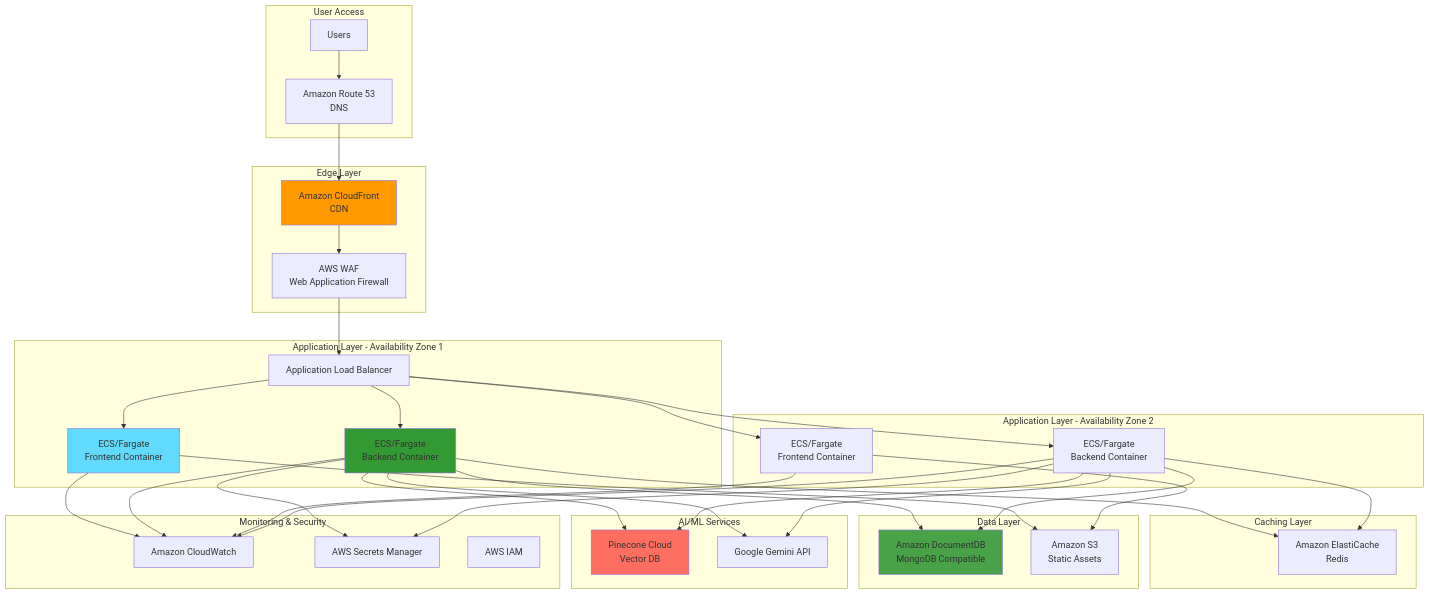
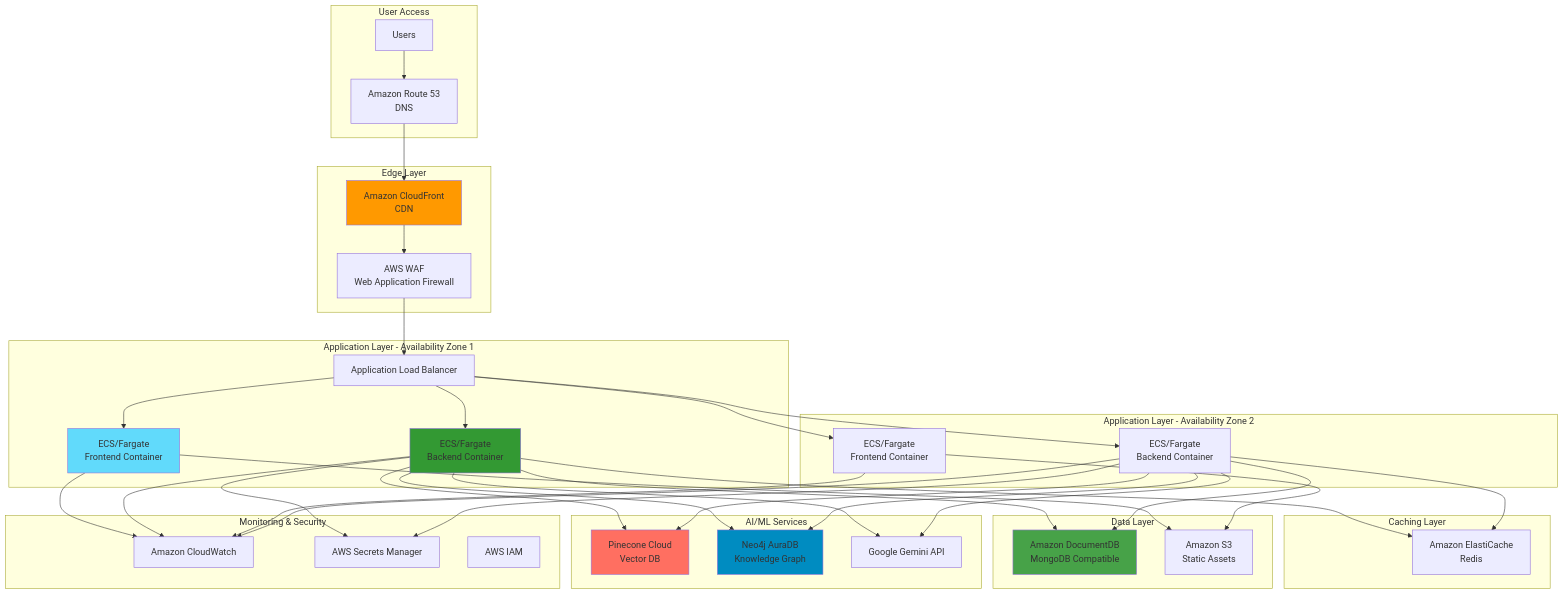
Diagram 37 of 43 in ARCHITECTURE.md (hoangsonww/AI-RAG-Assistant-Chatbot), drawn with Mermaid before and after one commit. The commit also changed other lines of this file and 32 other files, not shown here.

First line of the commit message:
feat(rag): add hybrid Pinecone+Neo4j retrieval, graph ingestion, and CLI graph management

````diff
--- a/ARCHITECTURE.md
+++ b/ARCHITECTURE.md
@@ -1344,6 +1822,7 @@
 
     subgraph "AI/ML Services"
         Pinecone[Pinecone Cloud<br/>Vector DB]
+        Neo4jAura[Neo4j AuraDB<br/>Knowledge Graph]
         Gemini[Google Gemini API]
     end
 
@@ -1374,6 +1853,8 @@
 
     ECS2 --> Pinecone
     ECS4 --> Pinecone
+    ECS2 --> Neo4jAura
+    ECS4 --> Neo4jAura
     ECS2 --> Gemini
     ECS4 --> Gemini
 
@@ -1390,4 +1871,5 @@
     style ECS2 fill:#339933
     style DocumentDB fill:#47A248
     style Pinecone fill:#FF6F61
+    style Neo4jAura fill:#008CC1
 ```
````
